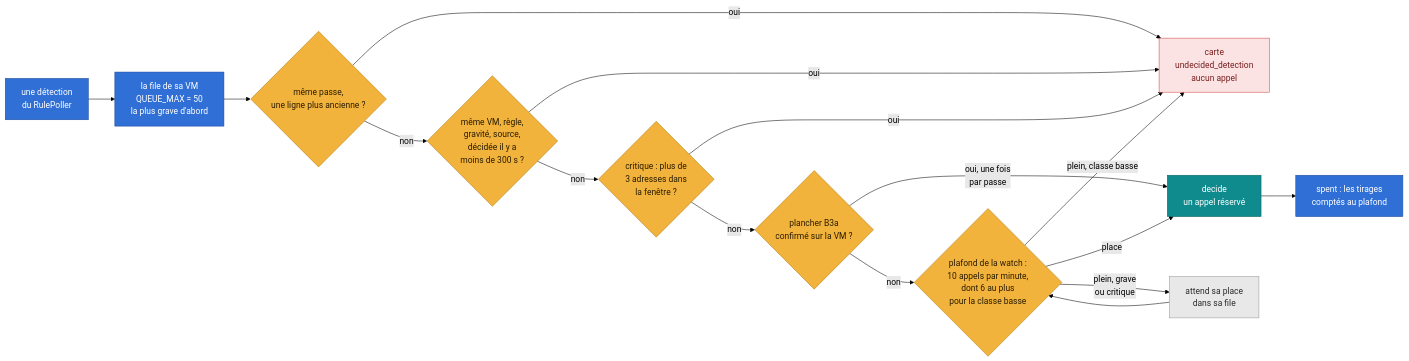
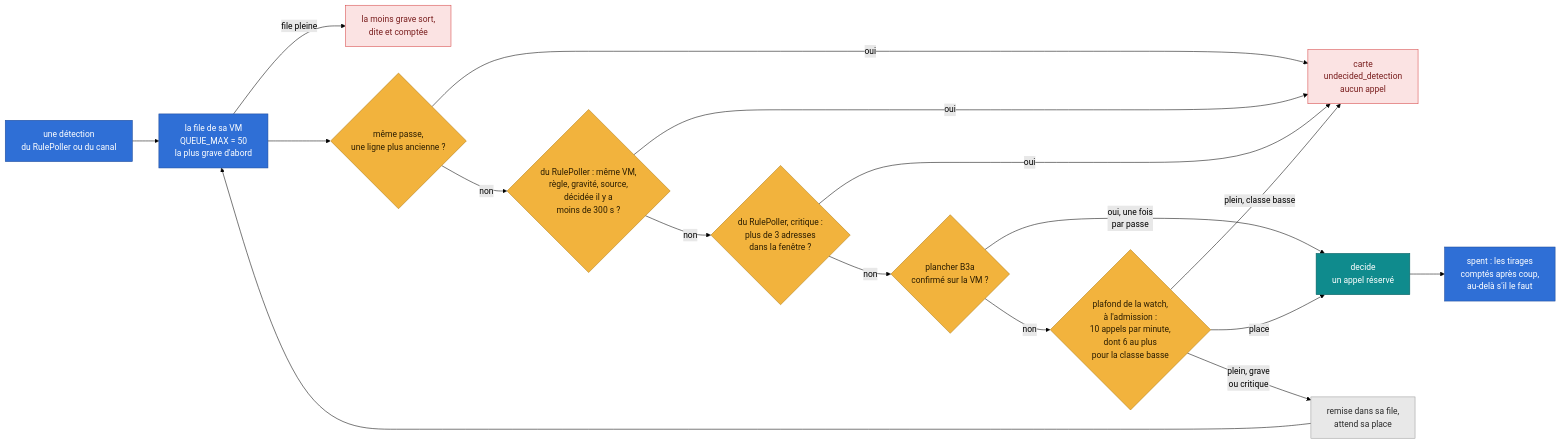
Before and after one commit to grootcyber/eregion: the fourth of 7 diagrams in docs/raisonnement.md, drawn with Mermaid (forest theme). The commit also changed other lines of this file and 1 other file, not shown here.

````diff
--- a/docs/raisonnement.md
+++ b/docs/raisonnement.md
@@ -283,28 +293,29 @@
 ```mermaid
 flowchart LR
-    D["une détection<br/>du RulePoller"] --> Q["la file de sa VM<br/>QUEUE_MAX = 50<br/>la plus grave d'abord"]
+    D["une détection<br/>du RulePoller ou du canal"] --> Q["la file de sa VM<br/>QUEUE_MAX = 50<br/>la plus grave d'abord"]
+    Q -->|"file pleine"| OUT["la moins grave sort,<br/>dite et comptée"]
     Q --> SP{"même passe,<br/>une ligne plus ancienne ?"}
     SP -->|"oui"| U["carte<br/>undecided_detection<br/>aucun appel"]
-    SP -->|"non"| DD{"même VM, règle,<br/>gravité, source,<br/>décidée il y a<br/>moins de 300 s ?"}
+    SP -->|"non"| DD{"du RulePoller : même VM,<br/>règle, gravité, source,<br/>décidée il y a<br/>moins de 300 s ?"}
     DD -->|"oui"| U
-    DD -->|"non"| CA{"critique : plus de<br/>3 adresses dans<br/>la fenêtre ?"}
+    DD -->|"non"| CA{"du RulePoller, critique :<br/>plus de 3 adresses<br/>dans la fenêtre ?"}
     CA -->|"oui"| U
     CA -->|"non"| FL{"plancher B3a<br/>confirmé sur la VM ?"}
     FL -->|"oui, une fois<br/>par passe"| CALL["decide<br/>un appel réservé"]
-    FL -->|"non"| PW{"plafond de la watch :<br/>10 appels par minute,<br/>dont 6 au plus<br/>pour la classe basse"}
+    FL -->|"non"| PW{"plafond de la watch,<br/>à l'admission :<br/>10 appels par minute,<br/>dont 6 au plus<br/>pour la classe basse"}
     PW -->|"place"| CALL
     PW -->|"plein, classe basse"| U
-    PW -->|"plein, grave<br/>ou critique"| W["attend sa place<br/>dans sa file"]
-    W --> PW
-    CALL --> SPT["spent : les tirages<br/>comptés au plafond"]
+    PW -->|"plein, grave<br/>ou critique"| W["remise dans sa file,<br/>attend sa place"]
+    W --> Q
+    CALL --> SPT["spent : les tirages<br/>comptés après coup,<br/>au-delà s'il le faut"]
     classDef blue fill:#2f6fd6,stroke:#1d4a9a,color:#ffffff
     classDef guard fill:#f2b33d,stroke:#b07a12,color:#2b1d00
     classDef warn fill:#fbe3e3,stroke:#d64545,color:#7a1f1f
     classDef model fill:#0f8b8d,stroke:#0a5f60,color:#ffffff
     classDef data fill:#e8e8e8,stroke:#9a9a9a,color:#2b2b2b
     class D,Q,SPT blue
     class SP,DD,CA,FL,PW guard
-    class U warn
+    class U,OUT warn
     class W data
     class CALL model
 ```
````
